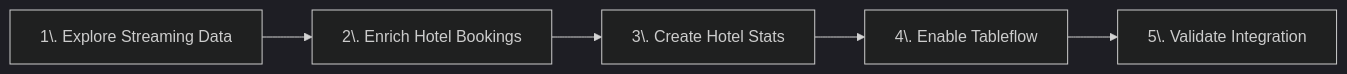
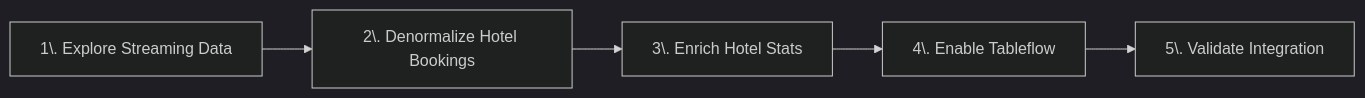
The diagram in labs/LAB5_stream_processing/LAB5.md (confluentinc/workshop-tableflow-databricks), drawn with Mermaid (dark theme) before and after one commit. The commit also changed other lines of this file and 43 other files, not shown here.

````diff
--- a/labs/LAB5_stream_processing/LAB5.md
+++ b/labs/LAB5_stream_processing/LAB5.md
@@ -9,7 +9,7 @@
 ```mermaid
 graph LR
-   A[1\. Explore Streaming Data] --> B[2\. Enrich Hotel Bookings]
-   B --> C[3\. Create Hotel Stats]
+   A[1\. Explore Streaming Data] --> B[2\. Denormalize Hotel Bookings]
+   B --> C[3\. Enrich Hotel Stats]
    C --> D[4\. Enable Tableflow]
    D --> E[5\. Validate Integration]
 ```
````
